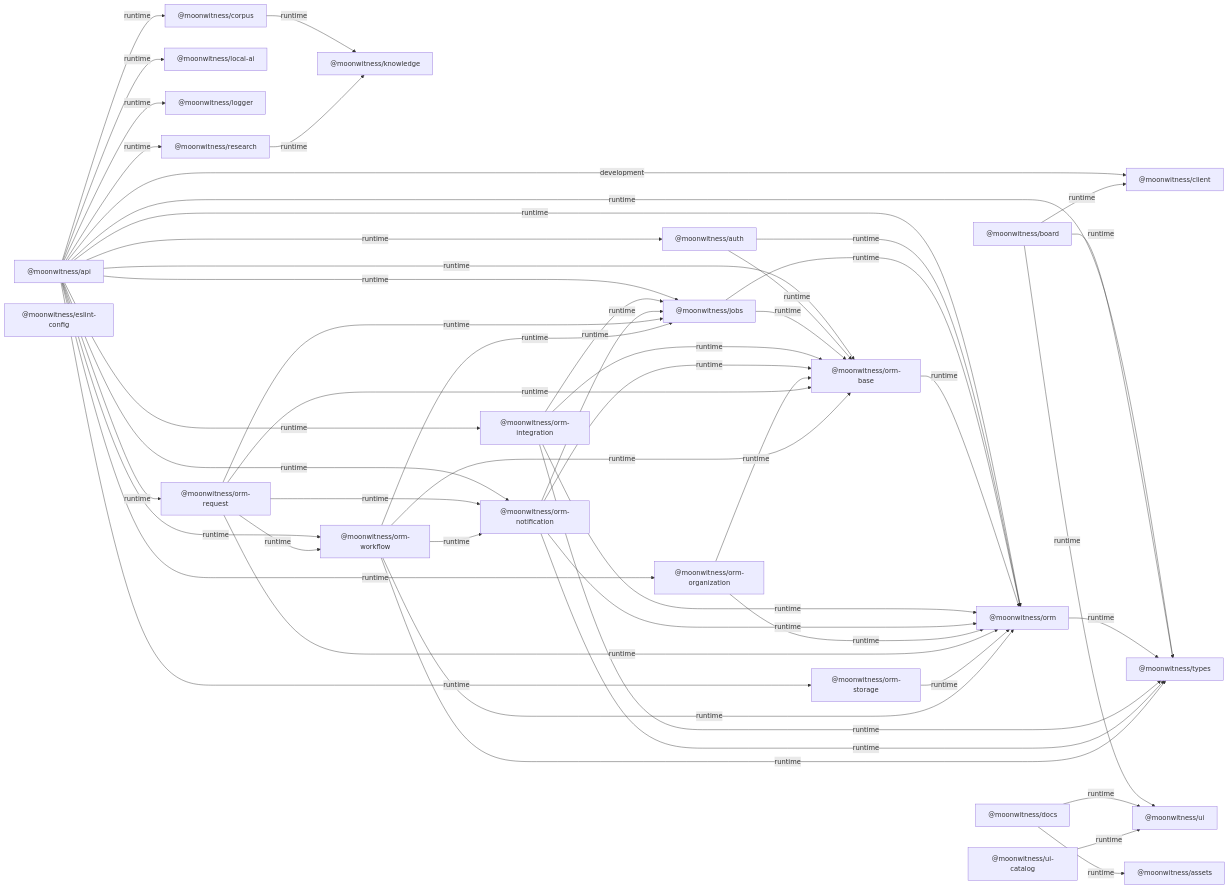
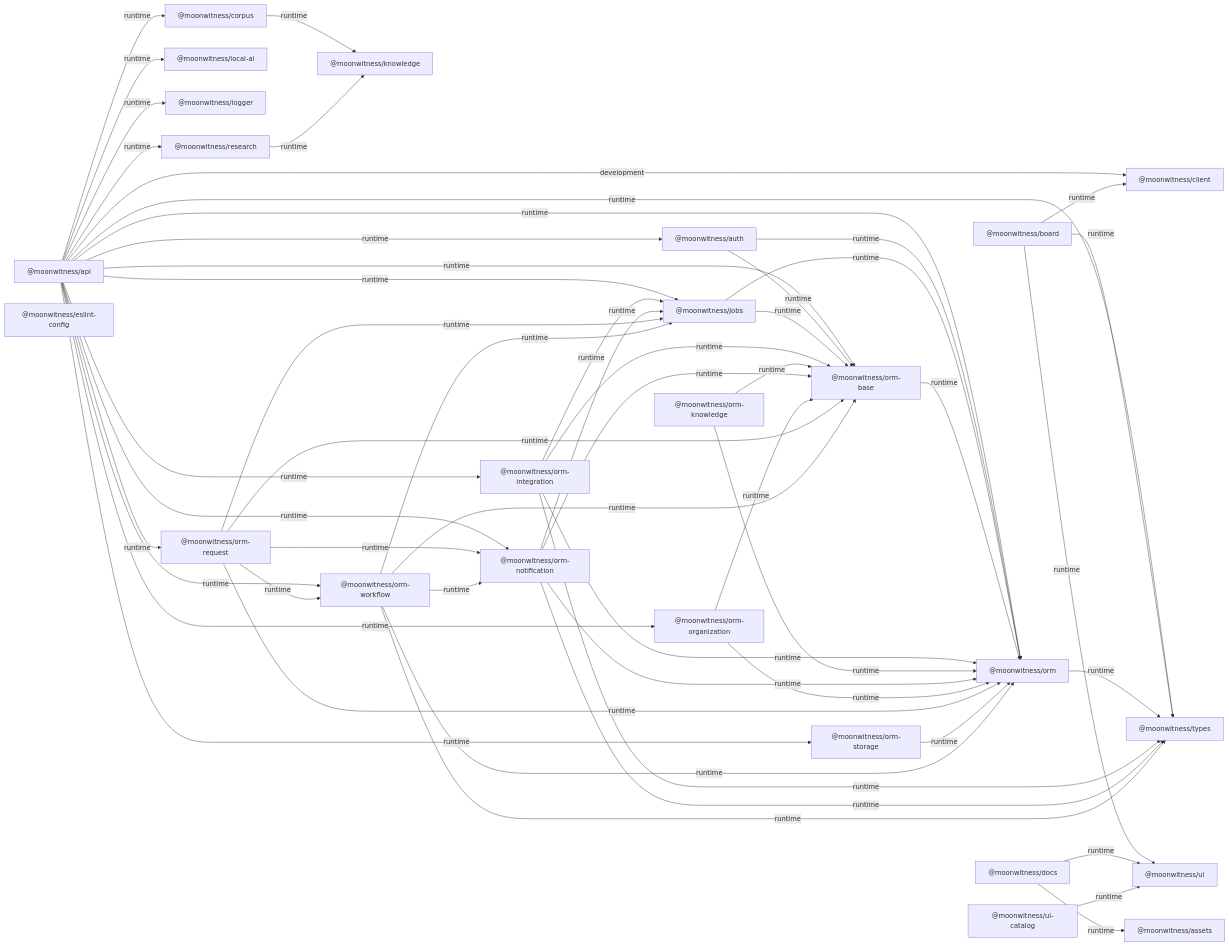
One commit to bjo163/moonwitness-xi changed the diagram in docs/architecture/diagrams/workspace-dependencies.mmd. Above: the diagram before and after it, drawn with Mermaid. The commit also changed 33 other files, not shown here.

```diff
--- a/docs/architecture/diagrams/workspace-dependencies.mmd
+++ b/docs/architecture/diagrams/workspace-dependencies.mmd
@@ -1,76 +1,79 @@
 flowchart LR
   pkg0["@moonwitness/api"]
   pkg1["@moonwitness/assets"]
   pkg2["@moonwitness/auth"]
   pkg3["@moonwitness/board"]
   pkg4["@moonwitness/client"]
   pkg5["@moonwitness/corpus"]
   pkg6["@moonwitness/docs"]
   pkg7["@moonwitness/eslint-config"]
   pkg8["@moonwitness/jobs"]
   pkg9["@moonwitness/knowledge"]
   pkg10["@moonwitness/local-ai"]
   pkg11["@moonwitness/logger"]
   pkg12["@moonwitness/orm"]
   pkg13["@moonwitness/orm-base"]
   pkg14["@moonwitness/orm-integration"]
-  pkg15["@moonwitness/orm-notification"]
-  pkg16["@moonwitness/orm-organization"]
-  pkg17["@moonwitness/orm-request"]
-  pkg18["@moonwitness/orm-storage"]
-  pkg19["@moonwitness/orm-workflow"]
-  pkg20["@moonwitness/research"]
-  pkg21["@moonwitness/types"]
-  pkg22["@moonwitness/ui"]
-  pkg23["@moonwitness/ui-catalog"]
+  pkg15["@moonwitness/orm-knowledge"]
+  pkg16["@moonwitness/orm-notification"]
+  pkg17["@moonwitness/orm-organization"]
+  pkg18["@moonwitness/orm-request"]
+  pkg19["@moonwitness/orm-storage"]
+  pkg20["@moonwitness/orm-workflow"]
+  pkg21["@moonwitness/research"]
+  pkg22["@moonwitness/types"]
+  pkg23["@moonwitness/ui"]
+  pkg24["@moonwitness/ui-catalog"]
   pkg0 -->|development| pkg4
   pkg0 -->|runtime| pkg2
   pkg0 -->|runtime| pkg5
   pkg0 -->|runtime| pkg8
   pkg0 -->|runtime| pkg10
   pkg0 -->|runtime| pkg11
   pkg0 -->|runtime| pkg12
   pkg0 -->|runtime| pkg13
   pkg0 -->|runtime| pkg14
-  pkg0 -->|runtime| pkg15
   pkg0 -->|runtime| pkg16
   pkg0 -->|runtime| pkg17
   pkg0 -->|runtime| pkg18
   pkg0 -->|runtime| pkg19
   pkg0 -->|runtime| pkg20
   pkg0 -->|runtime| pkg21
+  pkg0 -->|runtime| pkg22
   pkg2 -->|runtime| pkg12
   pkg2 -->|runtime| pkg13
   pkg3 -->|runtime| pkg4
-  pkg3 -->|runtime| pkg21
   pkg3 -->|runtime| pkg22
+  pkg3 -->|runtime| pkg23
   pkg5 -->|runtime| pkg9
   pkg6 -->|runtime| pkg1
-  pkg6 -->|runtime| pkg22
+  pkg6 -->|runtime| pkg23
   pkg8 -->|runtime| pkg12
   pkg8 -->|runtime| pkg13
-  pkg12 -->|runtime| pkg21
+  pkg12 -->|runtime| pkg22
   pkg13 -->|runtime| pkg12
   pkg14 -->|runtime| pkg8
   pkg14 -->|runtime| pkg12
   pkg14 -->|runtime| pkg13
-  pkg14 -->|runtime| pkg21
-  pkg15 -->|runtime| pkg8
+  pkg14 -->|runtime| pkg22
   pkg15 -->|runtime| pkg12
   pkg15 -->|runtime| pkg13
-  pkg15 -->|runtime| pkg21
+  pkg16 -->|runtime| pkg8
   pkg16 -->|runtime| pkg12
   pkg16 -->|runtime| pkg13
-  pkg17 -->|runtime| pkg8
+  pkg16 -->|runtime| pkg22
   pkg17 -->|runtime| pkg12
   pkg17 -->|runtime| pkg13
-  pkg17 -->|runtime| pkg15
-  pkg17 -->|runtime| pkg19
+  pkg18 -->|runtime| pkg8
   pkg18 -->|runtime| pkg12
-  pkg19 -->|runtime| pkg8
+  pkg18 -->|runtime| pkg13
+  pkg18 -->|runtime| pkg16
+  pkg18 -->|runtime| pkg20
   pkg19 -->|runtime| pkg12
-  pkg19 -->|runtime| pkg13
-  pkg19 -->|runtime| pkg15
-  pkg19 -->|runtime| pkg21
-  pkg20 -->|runtime| pkg9
-  pkg23 -->|runtime| pkg22
+  pkg20 -->|runtime| pkg8
+  pkg20 -->|runtime| pkg12
+  pkg20 -->|runtime| pkg13
+  pkg20 -->|runtime| pkg16
+  pkg20 -->|runtime| pkg22
+  pkg21 -->|runtime| pkg9
+  pkg24 -->|runtime| pkg23
```
